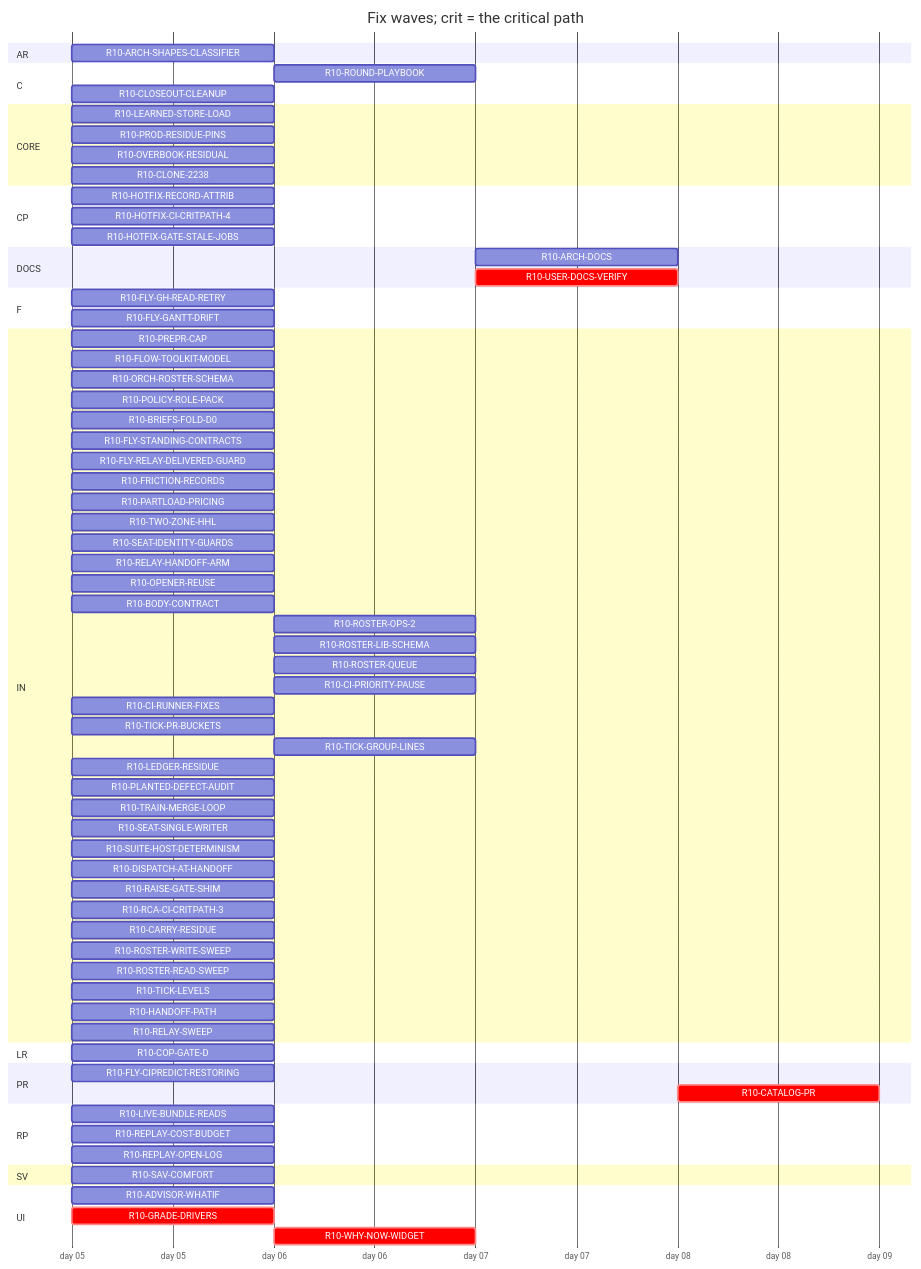
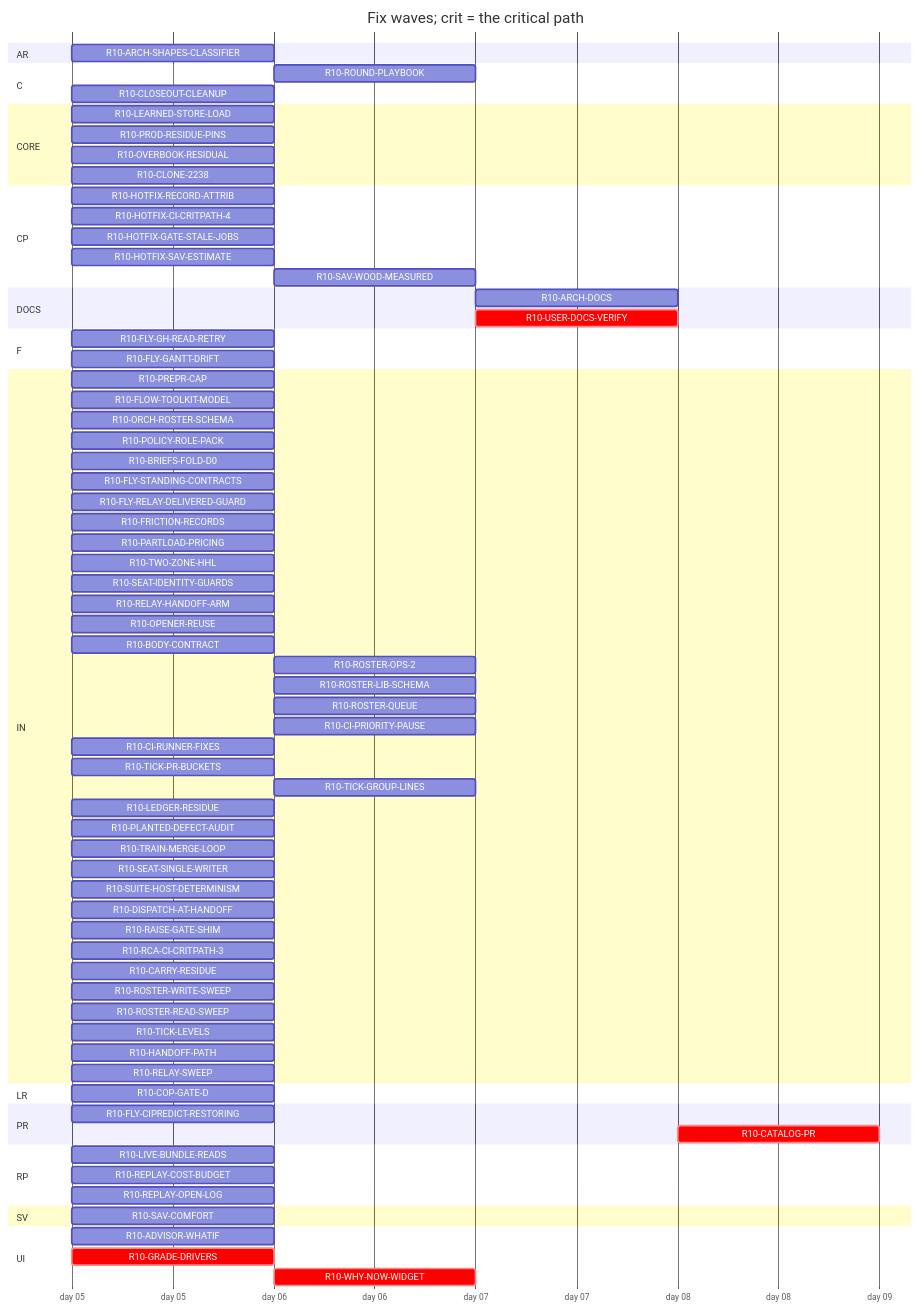
The diagram in handoff/round10/state/PLAN-TABLE.md (tvofi/heatpump_optimizer), drawn with Mermaid before and after one commit. The commit also changed other lines of this file and 3 other files, not shown here.

Commit message:
state: FLOW-BOARD.md, NEXT-SESSION-PROMPT.md, PLAN-TABLE.md, RESUME-CURRENT.md regenerated (state_docs.py)

````diff
--- a/handoff/round10/state/PLAN-TABLE.md
+++ b/handoff/round10/state/PLAN-TABLE.md
@@ -25,77 +25,79 @@
 ```mermaid
 gantt
   title Fix waves; crit = the critical path
   dateFormat YYYY-MM-DD
   axisFormat day %d
   section AR
     R10-ARCH-SHAPES-CLASSIFIER :r10ARCHSHAPESCLASSIFIER, 2026-01-05, 1d
   section C
     R10-ROUND-PLAYBOOK :r10ROUNDPLAYBOOK, after r10PREPRCAP r10HANDOFFPATH r10RELAYSWEEP r10TRAINMERGELOOP r10DISPATCHATHANDOFF r10BODYCONTRACT r10TICKLEVELS r10CIPRIORITYPAUSE r10ROSTERWRITESWEEP r10ROSTERREADSWEEP r10FLYSTANDINGCONTRACTS r10POLICYROLEPACK r10FRICTIONRECORDS r10FLOWTOOLKITMODEL r10SEATIDENTITYGUARDS r10LEDGERRESIDUE r10CIRUNNERFIXES r10FLYCIPREDICTRESTORING r10RAISEGATESHIM r10PLANTEDDEFECTAUDIT r10FLYGHREADRETRY r10SUITEHOSTDETERMINISM, 1d
     R10-CLOSEOUT-CLEANUP :r10CLOSEOUTCLEANUP, 2026-01-05, 1d
   section CORE
     R10-LEARNED-STORE-LOAD :r10LEARNEDSTORELOAD, 2026-01-05, 1d
     R10-PROD-RESIDUE-PINS :r10PRODRESIDUEPINS, 2026-01-05, 1d
     R10-OVERBOOK-RESIDUAL :r10OVERBOOKRESIDUAL, 2026-01-05, 1d
     R10-CLONE-2238 :r10CLONE2238, 2026-01-05, 1d
   section CP
     R10-HOTFIX-RECORD-ATTRIB :r10HOTFIXRECORDATTRIB, 2026-01-05, 1d
     R10-HOTFIX-CI-CRITPATH-4 :r10HOTFIXCICRITPATH4, 2026-01-05, 1d
     R10-HOTFIX-GATE-STALE-JOBS :r10HOTFIXGATESTALEJOBS, 2026-01-05, 1d
+    R10-HOTFIX-SAV-ESTIMATE :r10HOTFIXSAVESTIMATE, 2026-01-05, 1d
+    R10-SAV-WOOD-MEASURED :r10SAVWOODMEASURED, after r10HOTFIXSAVESTIMATE, 1d
   section DOCS
     R10-ARCH-DOCS :r10ARCHDOCS, after r10CARRYRESIDUE r10OVERBOOKRESIDUAL r10CLONE2238 r10SAVCOMFORT r10COPGATED r10GRADEDRIVERS r10WHYNOWWIDGET r10PARTLOADPRICING r10TWOZONEHHL r10ARCHSHAPESCLASSIFIER r10ADVISORWHATIF r10LEARNEDSTORELOAD r10PRODRESIDUEPINS r10LIVEBUNDLEREADS r10REPLAYCOSTBUDGET r10REPLAYOPENLOG r10PREPRCAP r10HANDOFFPATH r10RELAYSWEEP r10TRAINMERGELOOP r10DISPATCHATHANDOFF r10BODYCONTRACT r10TICKLEVELS r10CIPRIORITYPAUSE r10ROSTERWRITESWEEP r10ROSTERREADSWEEP r10FLYSTANDINGCONTRACTS r10POLICYROLEPACK r10FRICTIONRECORDS r10FLOWTOOLKITMODEL r10SEATIDENTITYGUARDS r10LEDGERRESIDUE r10CIRUNNERFIXES r10FLYCIPREDICTRESTORING r10RAISEGATESHIM r10PLANTEDDEFECTAUDIT r10FLYGHREADRETRY r10SUITEHOSTDETERMINISM, 1d
     R10-USER-DOCS-VERIFY :crit, r10USERDOCSVERIFY, after r10CARRYRESIDUE r10OVERBOOKRESIDUAL r10CLONE2238 r10SAVCOMFORT r10COPGATED r10GRADEDRIVERS r10WHYNOWWIDGET r10PARTLOADPRICING r10TWOZONEHHL r10ARCHSHAPESCLASSIFIER r10ADVISORWHATIF r10LEARNEDSTORELOAD r10PRODRESIDUEPINS r10LIVEBUNDLEREADS r10REPLAYCOSTBUDGET r10REPLAYOPENLOG, 1d
   section F
     R10-FLY-GH-READ-RETRY :r10FLYGHREADRETRY, 2026-01-05, 1d
     R10-FLY-GANTT-DRIFT :r10FLYGANTTDRIFT, 2026-01-05, 1d
   section IN
     R10-PREPR-CAP :r10PREPRCAP, 2026-01-05, 1d
     R10-FLOW-TOOLKIT-MODEL :r10FLOWTOOLKITMODEL, 2026-01-05, 1d
     R10-ORCH-ROSTER-SCHEMA :r10ORCHROSTERSCHEMA, 2026-01-05, 1d
     R10-POLICY-ROLE-PACK :r10POLICYROLEPACK, 2026-01-05, 1d
     R10-BRIEFS-FOLD-D0 :r10BRIEFSFOLDD0, 2026-01-05, 1d
     R10-FLY-STANDING-CONTRACTS :r10FLYSTANDINGCONTRACTS, 2026-01-05, 1d
     R10-FLY-RELAY-DELIVERED-GUARD :r10FLYRELAYDELIVEREDGUARD, 2026-01-05, 1d
     R10-FRICTION-RECORDS :r10FRICTIONRECORDS, 2026-01-05, 1d
     R10-PARTLOAD-PRICING :r10PARTLOADPRICING, 2026-01-05, 1d
     R10-TWO-ZONE-HHL :r10TWOZONEHHL, 2026-01-05, 1d
     R10-SEAT-IDENTITY-GUARDS :r10SEATIDENTITYGUARDS, 2026-01-05, 1d
     R10-RELAY-HANDOFF-ARM :r10RELAYHANDOFFARM, 2026-01-05, 1d
     R10-OPENER-REUSE :r10OPENERREUSE, 2026-01-05, 1d
     R10-BODY-CONTRACT :r10BODYCONTRACT, 2026-01-05, 1d
     R10-ROSTER-OPS-2 :r10ROSTEROPS2, after r10ORCHROSTERSCHEMA, 1d
     R10-ROSTER-LIB-SCHEMA :r10ROSTERLIBSCHEMA, after r10ORCHROSTERSCHEMA, 1d
     R10-ROSTER-QUEUE :r10ROSTERQUEUE, after r10ORCHROSTERSCHEMA, 1d
     R10-CI-PRIORITY-PAUSE :r10CIPRIORITYPAUSE, after r10TICKLEVELS, 1d
     R10-CI-RUNNER-FIXES :r10CIRUNNERFIXES, 2026-01-05, 1d
     R10-TICK-PR-BUCKETS :r10TICKPRBUCKETS, 2026-01-05, 1d
     R10-TICK-GROUP-LINES :r10TICKGROUPLINES, after r10ORCHROSTERSCHEMA, 1d
     R10-LEDGER-RESIDUE :r10LEDGERRESIDUE, 2026-01-05, 1d
     R10-PLANTED-DEFECT-AUDIT :r10PLANTEDDEFECTAUDIT, 2026-01-05, 1d
     R10-TRAIN-MERGE-LOOP :r10TRAINMERGELOOP, 2026-01-05, 1d
     R10-SEAT-SINGLE-WRITER :r10SEATSINGLEWRITER, 2026-01-05, 1d
     R10-SUITE-HOST-DETERMINISM :r10SUITEHOSTDETERMINISM, 2026-01-05, 1d
     R10-DISPATCH-AT-HANDOFF :r10DISPATCHATHANDOFF, 2026-01-05, 1d
     R10-RAISE-GATE-SHIM :r10RAISEGATESHIM, 2026-01-05, 1d
     R10-RCA-CI-CRITPATH-3 :r10RCACICRITPATH3, 2026-01-05, 1d
     R10-CARRY-RESIDUE :r10CARRYRESIDUE, 2026-01-05, 1d
     R10-ROSTER-WRITE-SWEEP :r10ROSTERWRITESWEEP, 2026-01-05, 1d
     R10-ROSTER-READ-SWEEP :r10ROSTERREADSWEEP, 2026-01-05, 1d
     R10-TICK-LEVELS :r10TICKLEVELS, 2026-01-05, 1d
     R10-HANDOFF-PATH :r10HANDOFFPATH, 2026-01-05, 1d
     R10-RELAY-SWEEP :r10RELAYSWEEP, 2026-01-05, 1d
   section LR
     R10-COP-GATE-D :r10COPGATED, 2026-01-05, 1d
   section PR
     R10-FLY-CIPREDICT-RESTORING :r10FLYCIPREDICTRESTORING, 2026-01-05, 1d
     R10-CATALOG-PR :crit, r10CATALOGPR, after r10USERDOCSVERIFY r10ARCHDOCS r10ROUNDPLAYBOOK r10CLOSEOUTCLEANUP, 1d
   section RP
     R10-LIVE-BUNDLE-READS :r10LIVEBUNDLEREADS, 2026-01-05, 1d
     R10-REPLAY-COST-BUDGET :r10REPLAYCOSTBUDGET, 2026-01-05, 1d
     R10-REPLAY-OPEN-LOG :r10REPLAYOPENLOG, 2026-01-05, 1d
   section SV
     R10-SAV-COMFORT :r10SAVCOMFORT, 2026-01-05, 1d
   section UI
     R10-ADVISOR-WHATIF :r10ADVISORWHATIF, 2026-01-05, 1d
     R10-GRADE-DRIVERS :crit, r10GRADEDRIVERS, 2026-01-05, 1d
     R10-WHY-NOW-WIDGET :crit, r10WHYNOWWIDGET, after r10GRADEDRIVERS, 1d
 ```
````
